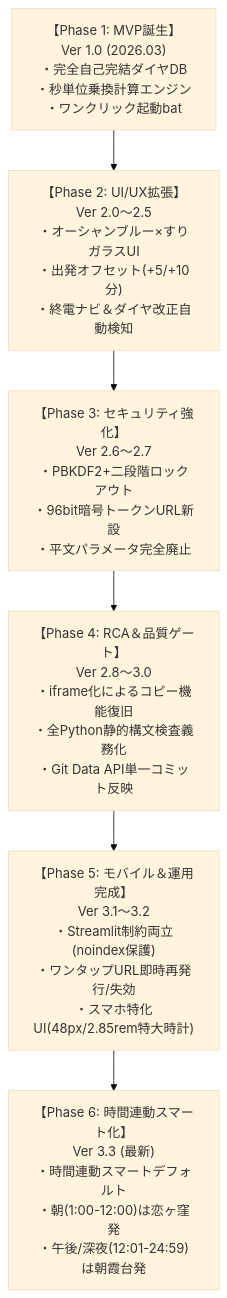
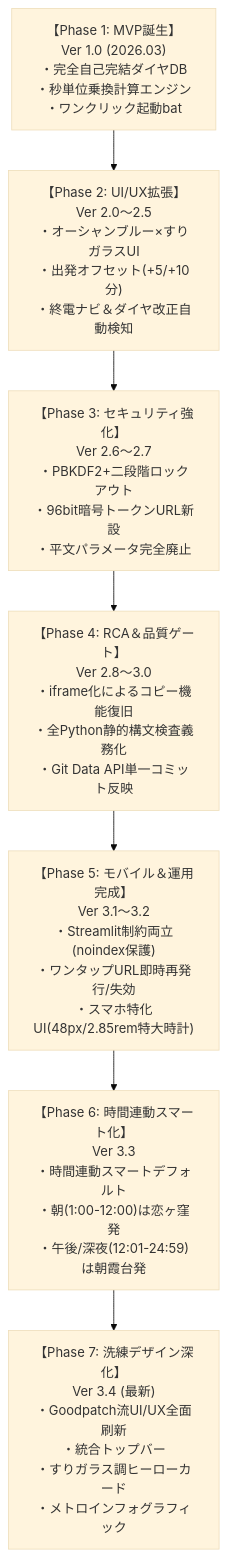
Before and after one commit to uriboh428/koiasa-train-timer: the diagram in REQUIREMENTS.md, drawn with Mermaid (base theme). The commit also changed other lines of this file and 3 other files, not shown here.

````diff
--- a/REQUIREMENTS.md
+++ b/REQUIREMENTS.md
@@ -20,16 +20,18 @@
 ```mermaid
 flowchart TD
     V1["【Phase 1: MVP誕生】<br>Ver 1.0 (2026.03)<br>・完全自己完結ダイヤDB<br>・秒単位乗換計算エンジン<br>・ワンクリック起動bat"]
     
     V2["【Phase 2: UI/UX拡張】<br>Ver 2.0〜2.5<br>・オーシャンブルー×すりガラスUI<br>・出発オフセット(+5/+10分)<br>・終電ナビ＆ダイヤ改正自動検知"]
     
     V3["【Phase 3: セキュリティ強化】<br>Ver 2.6〜2.7<br>・PBKDF2+二段階ロックアウト<br>・96bit暗号トークンURL新設<br>・平文パラメータ完全廃止"]
     
     V4["【Phase 4: RCA＆品質ゲート】<br>Ver 2.8〜3.0<br>・iframe化によるコピー機能復旧<br>・全Python静的構文検査義務化<br>・Git Data API単一コミット反映"]
     
     V5["【Phase 5: モバイル＆運用完成】<br>Ver 3.1〜3.2<br>・Streamlit制約両立(noindex保護)<br>・ワンタップURL即時再発行/失効<br>・スマホ特化UI(48px/2.85rem特大時計)"]
 
-    V6["【Phase 6: 時間連動スマート化】<br>Ver 3.3 (最新)<br>・時間連動スマートデフォルト<br>・朝(1:00-12:00)は恋ヶ窪発<br>・午後/深夜(12:01-24:59)は朝霞台発"]
+    V6["【Phase 6: 時間連動スマート化】<br>Ver 3.3<br>・時間連動スマートデフォルト<br>・朝(1:00-12:00)は恋ヶ窪発<br>・午後/深夜(12:01-24:59)は朝霞台発"]
 
-    V1 --> V2 --> V3 --> V4 --> V5 --> V6
+    V7["【Phase 7: 洗練デザイン深化】<br>Ver 3.4 (最新)<br>・Goodpatch流UI/UX全面刷新<br>・統合トップバー<br>・すりガラス調ヒーローカード<br>・メトロインフォグラフィック"]
+
+    V1 --> V2 --> V3 --> V4 --> V5 --> V6 --> V7
 ```
````
